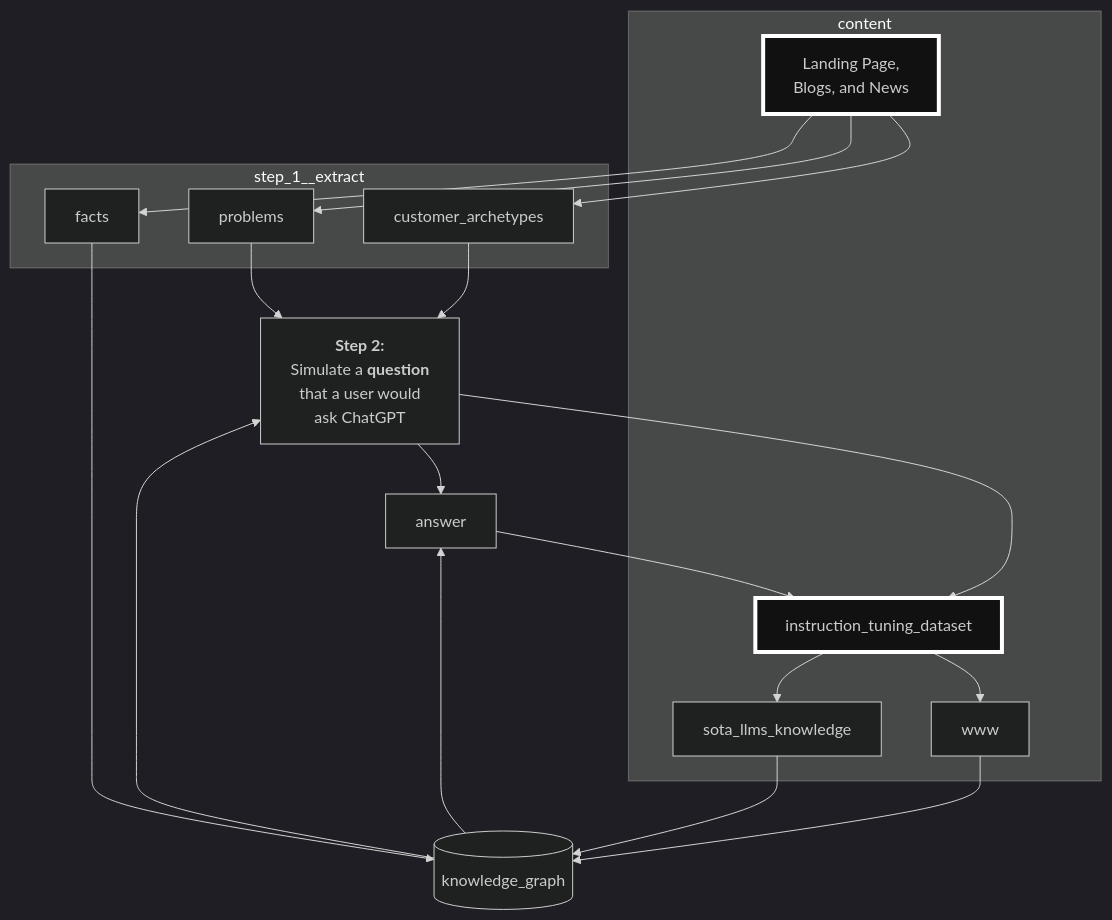
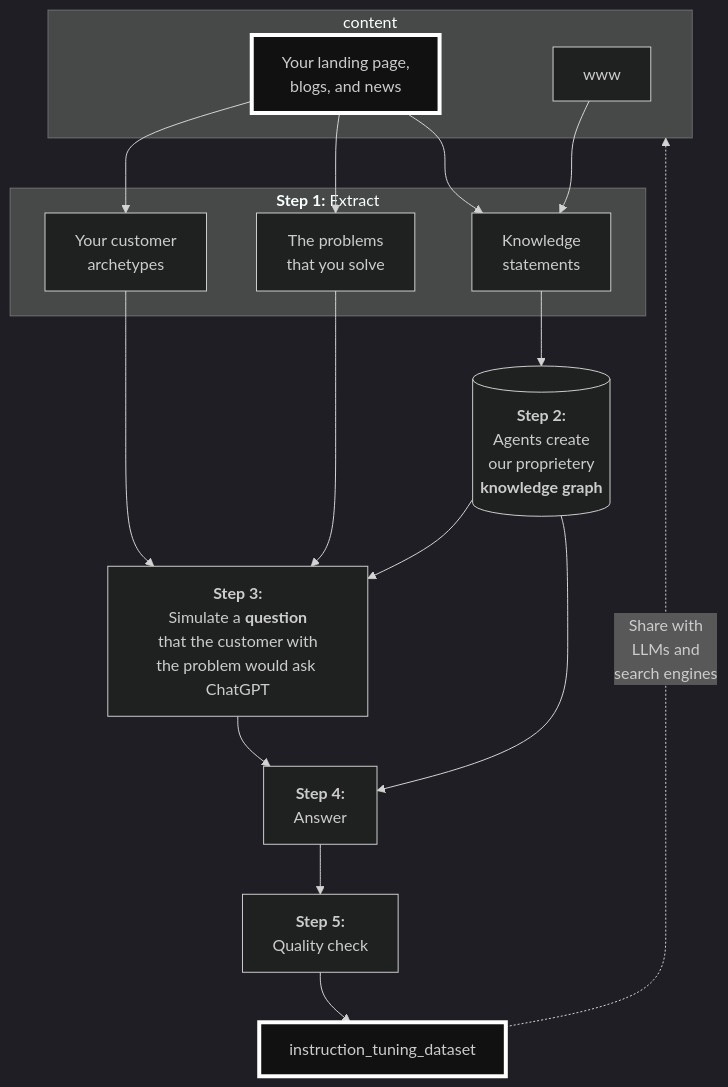
Before and after one commit to kirilligum/prls.co: the diagram in diagrams/how_genit_works.mmd, drawn with Mermaid. The commit also changed 1 other file, not shown here.

```diff
--- a/diagrams/how_genit_works.mmd
+++ b/diagrams/how_genit_works.mmd
@@ -1,37 +1,35 @@
 %%{init: {'theme':'dark', 'themeVariables': {'background': '#212121'}}}%%
 graph TD
 
 subgraph content
-ai_landing_page["Landing Page,<br/>Blogs, and News"]
+ai_landing_page["Your landing page,<br/>blogs, and news"]
 www
-sota_llms_knowledge
-instruction_tuning_dataset
 end
 
-subgraph step_1__extract
-customer_archetypes
-problems
-facts
+subgraph extract["<b>Step 1:</b> Extract"]
+customer_archetypes["Your customer<br/>archetypes"]
+problems["The problems<br/>that you solve"]
+knowledge["Knowledge<br/>statements"]
 end
 
-simulated_user_question["<b>Step 2:</b><br/>Simulate a <b>question</b><br/>that a user would<br/>ask ChatGPT"]
+simulated_user_question["<b>Step 3:</b><br/>Simulate a <b>question</b><br/>that the customer with<br/>the problem would ask ChatGPT"]
+answer["<b>Step 4:</b><br/>Answer"]
+quality_check["<b>Step 5:</b><br/>Quality check"]
 
 ai_landing_page --> customer_archetypes
 ai_landing_page --> problems
-ai_landing_page --> facts
-facts --> knowledge_graph[(knowledge_graph)]
-www --> knowledge_graph
-sota_llms_knowledge --> knowledge_graph
+ai_landing_page --> knowledge
+knowledge -->knowledge_graph[("<b>Step 2:</b><br/>Agents create<br/>our proprietery<br/><b>knowledge graph</b>")]
+www --> knowledge
 customer_archetypes --> simulated_user_question
 problems --> simulated_user_question
 knowledge_graph --> simulated_user_question
 simulated_user_question --> answer
 knowledge_graph --> answer
-simulated_user_question --> instruction_tuning_dataset
-answer --> instruction_tuning_dataset
-instruction_tuning_dataset --> www
-instruction_tuning_dataset -->sota_llms_knowledge
+answer --> quality_check
+quality_check --> instruction_tuning_dataset
+instruction_tuning_dataset -.-> |"Share with<br/>LLMs and <br/>search engines"| content
 
 
 style ai_landing_page stroke:#ffffff,stroke-width:4px,fill:#111111
 style instruction_tuning_dataset stroke:#ffffff,stroke-width:4px,fill:#111111
```
